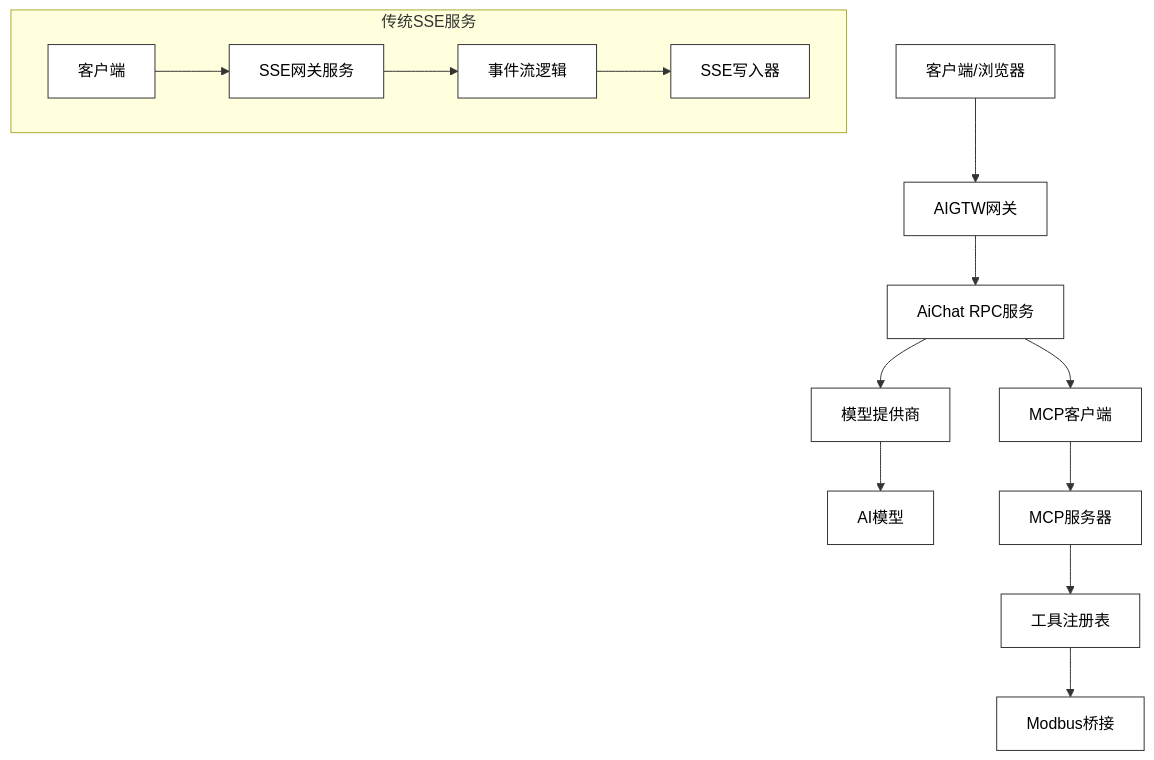
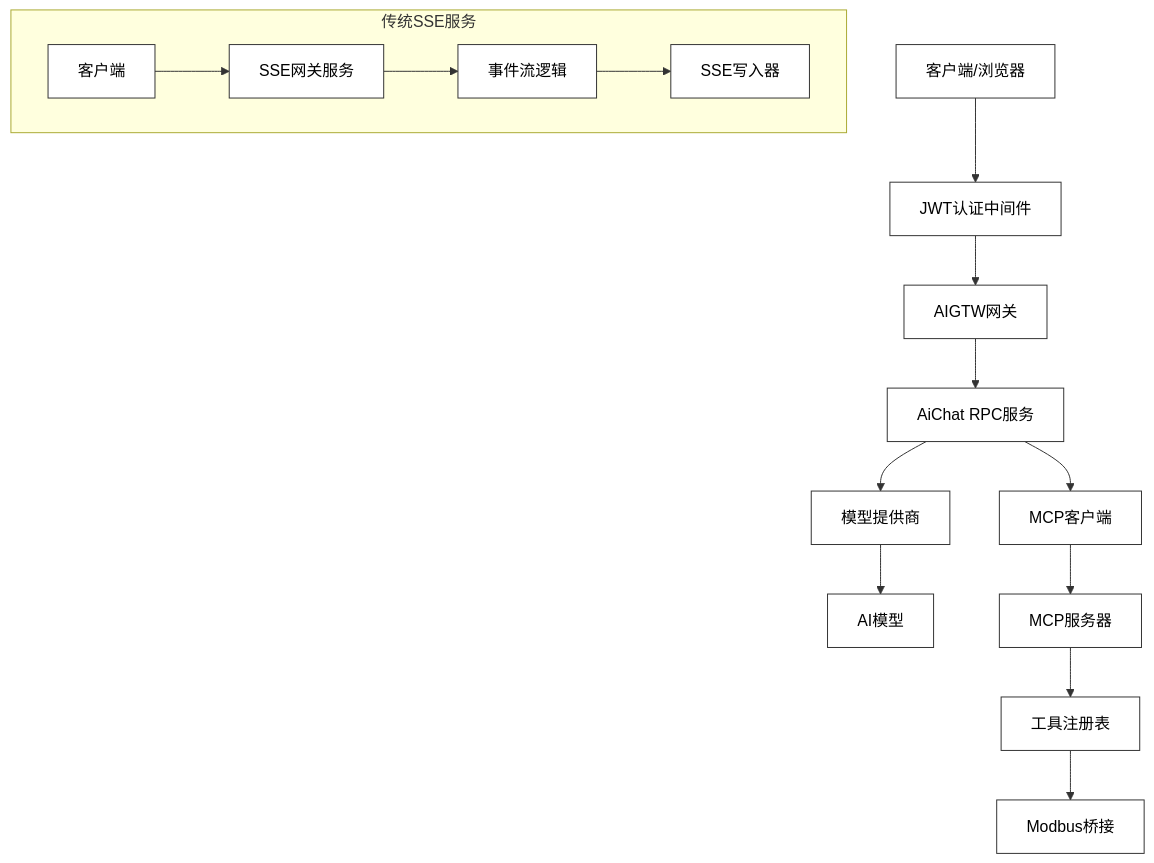
Before and after one commit to maomao94/zero-service: the second of 8 diagrams in .qoder/repowiki/zh/content/AI应用模块/AI应用模块.md, drawn with Mermaid. The commit also changed other lines of this file and 29 other files, not shown here.

````diff
--- a/.qoder/repowiki/zh/content/AI应用模块/AI应用模块.md
+++ b/.qoder/repowiki/zh/content/AI应用模块/AI应用模块.md
@@ -169,17 +187,18 @@
 ```mermaid
 graph TB
-Client["客户端/浏览器"] --> Gateway["AIGTW网关"]
+Client["客户端/浏览器"] --> JWT["JWT认证中间件"]
+JWT --> Gateway["AIGTW网关"]
 Gateway --> RPC["AiChat RPC服务"]
 RPC --> Provider["模型提供商"]
 Provider --> Model["AI模型"]
 RPC --> MCPClient["MCP客户端"]
 MCPClient --> MCP["MCP服务器"]
 MCP --> Tools["工具注册表"]
 Tools --> Modbus["Modbus桥接"]
 subgraph "传统SSE服务"
 Client2["客户端"] --> SSE["SSE网关服务"]
 SSE --> Logic["事件流逻辑"]
 Logic --> Writer["SSE写入器"]
 end
 classDef default fill:#fff,stroke:#333,color:#000
 ```
````
